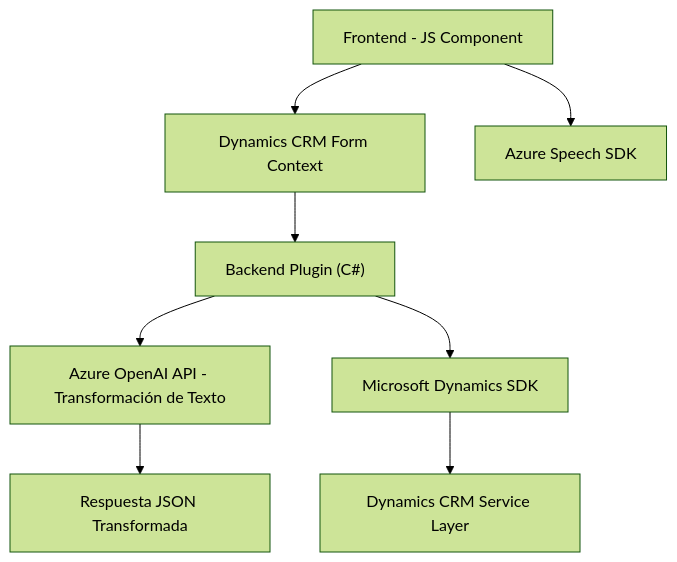
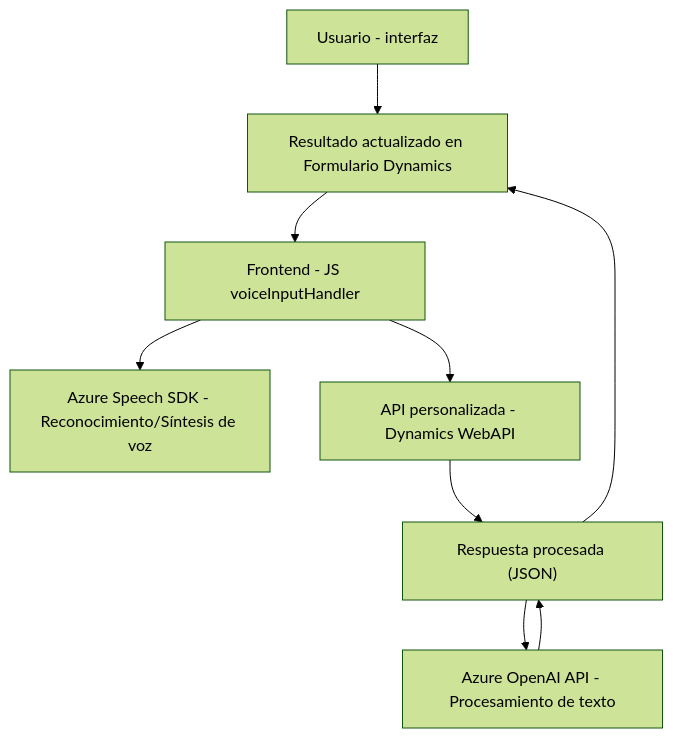
One commit to blopezdm/NETCORE_BILBAO2025 changed the diagram in README.md. Above: the diagram before and after it, drawn with Mermaid (forest theme). The commit also changed other lines of this file, not shown here.

Commit message:
Actualizar análisis global de la solución con IA

````diff
--- a/README.md
+++ b/README.md
@@ -35,10 +41,11 @@
 ```mermaid
 graph TD
-    A["Frontend - JS Component"] --> B["Dynamics CRM Form Context"]
-    A --> C["Azure Speech SDK"]
-    B --> D["Backend Plugin (C#)"]
-    D --> E["Azure OpenAI API - Transformación de Texto"]
-    E --> F["Respuesta JSON Transformada"]
-    D --> G["Microsoft Dynamics SDK"]
-    G --> H["Dynamics CRM Service Layer"]
+    A["Usuario - interfaz"] --> B["Interacción con Dynamics Formulario"]
+    B --> C["Frontend - JS voiceInputHandler"]
+    C --> D["Azure Speech SDK - Reconocimiento/Síntesis de voz"]
+    C --> E["API personalizada - Dynamics WebAPI"]
+    E --> F["Plugin - TransformTextWithAzureAI.cs"]
+    F --> G["Azure OpenAI API - Procesamiento de texto"]
+    G --> F["Respuesta procesada (JSON)"]
+    F --> B["Resultado actualizado en Formulario Dynamics"]
 ```
````
